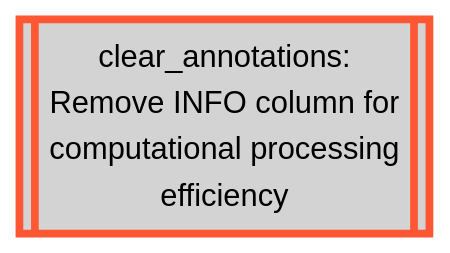
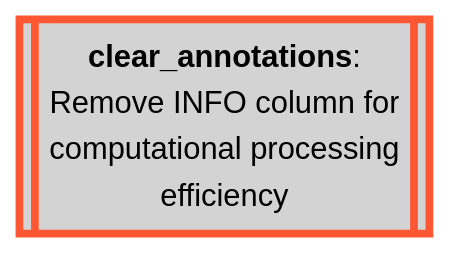
One commit to Tuks-ICMM/Pharmacogenetic-Analysis-Pipeline changed the second of 34 diagrams in docs/02-workflow/02-methodology-summary.md. Above: the diagram before and after it, drawn with Mermaid. The commit also changed other lines of this file, not shown here.

````diff
--- a/docs/02-workflow/02-methodology-summary.md
+++ b/docs/02-workflow/02-methodology-summary.md
@@ -227,8 +266,11 @@
   ```mermaid
   flowchart TD
   
-    clear_annotations[[clear_annotations:\nRemove INFO column for\ncomputational processing\n efficiency]]
+    clear_annotations[["`**clear_annotations**:
+    Remove INFO column for
+    computational processing
+    efficiency`"]]
   
     classDef bcftools stroke:#FF5733,fill:#D3D3D3,stroke-width:4px,color:black;
     class clear_annotations bcftools;
   ```
````
